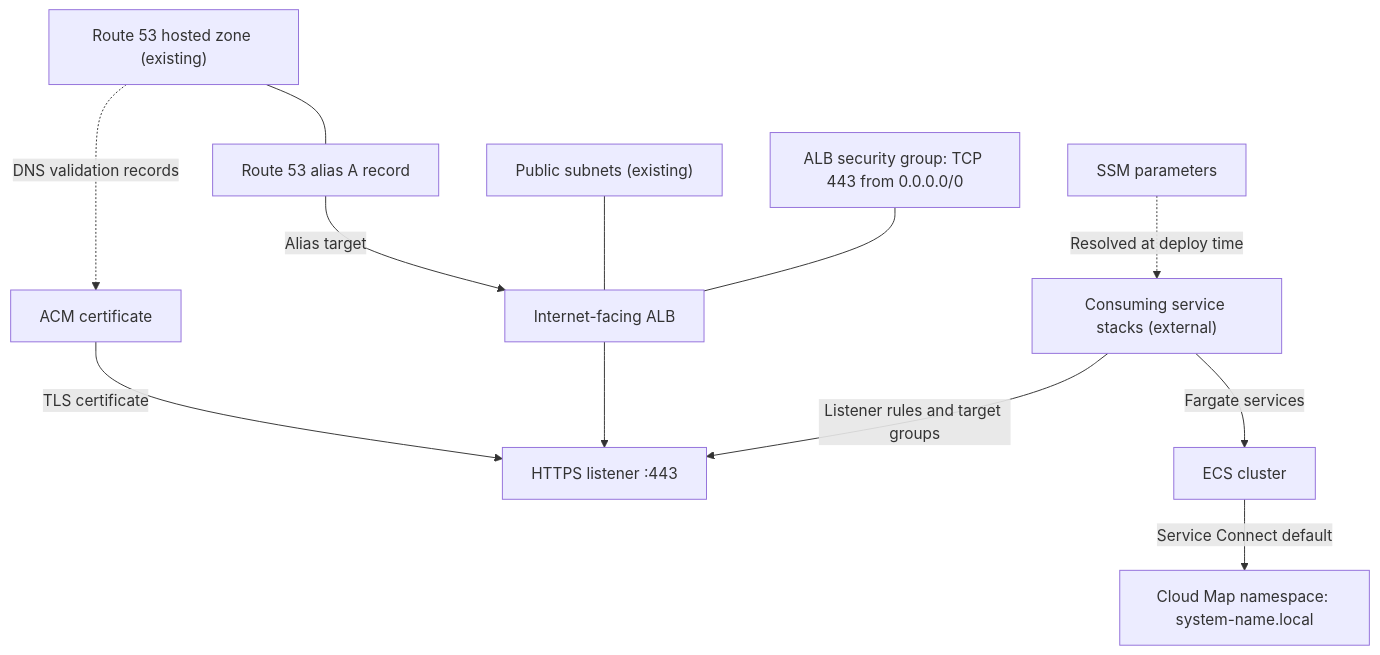
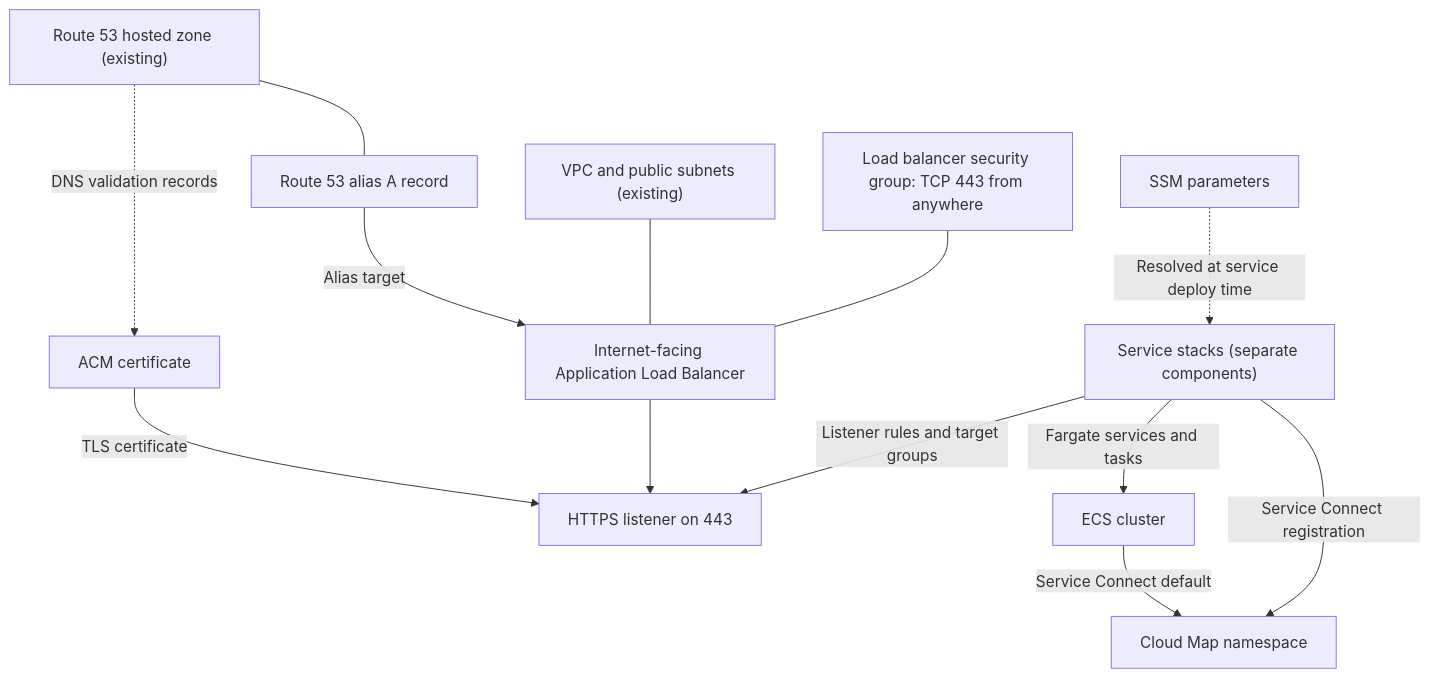
Before and after one commit to ServerlessOpsIO/backstage-aws-sam-ecs-template: the fifth of 8 diagrams in cluster/skeleton/docs/handbook/04-architecture.md, drawn with Mermaid. The commit also changed other lines of this file and 7 other files, not shown here.

````diff
--- a/cluster/skeleton/docs/handbook/04-architecture.md
+++ b/cluster/skeleton/docs/handbook/04-architecture.md
@@ -72,26 +138,27 @@
 ```mermaid
 flowchart TD
     Zone["Route 53 hosted zone (existing)"]
     Record["Route 53 alias A record"]
     Certificate["ACM certificate"]
-    Subnets["Public subnets (existing)"]
-    SG["ALB security group: TCP 443 from 0.0.0.0/0"]
-    ALB["Internet-facing ALB"]
-    Listener["HTTPS listener :443"]
+    Vpc["VPC and public subnets (existing)"]
+    SG["Load balancer security group: TCP 443 from anywhere"]
+    ALB["Internet-facing Application Load Balancer"]
+    Listener["HTTPS listener on 443"]
     Cluster["ECS cluster"]
-    CloudMap["Cloud Map namespace: system-name.local"]
+    CloudMap["Cloud Map namespace"]
     SSM["SSM parameters"]
-    Services["Consuming service stacks (external)"]
+    Services["Service stacks (separate components)"]
 
     Zone --- Record
     Record -->|"Alias target"| ALB
+    Zone -.->|"DNS validation records"| Certificate
     Certificate -->|"TLS certificate"| Listener
-    Zone -.->|"DNS validation records"| Certificate
-    Subnets --- ALB
+    Vpc --- ALB
     SG --- ALB
     ALB --> Listener
     Cluster -->|"Service Connect default"| CloudMap
     Services -->|"Listener rules and target groups"| Listener
-    Services -->|"Fargate services"| Cluster
-    SSM -.->|"Resolved at deploy time"| Services
+    Services -->|"Fargate services and tasks"| Cluster
+    Services -->|"Service Connect registration"| CloudMap
+    SSM -.->|"Resolved at service deploy time"| Services
 ```
````
